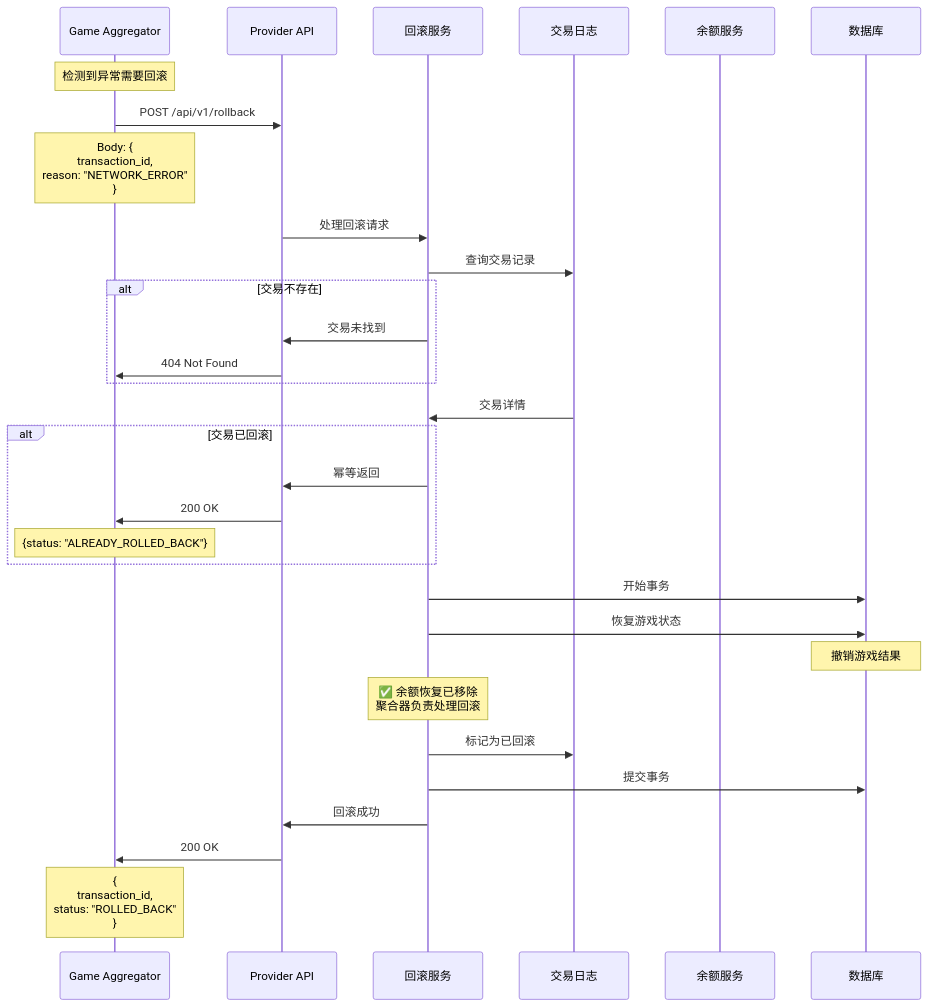
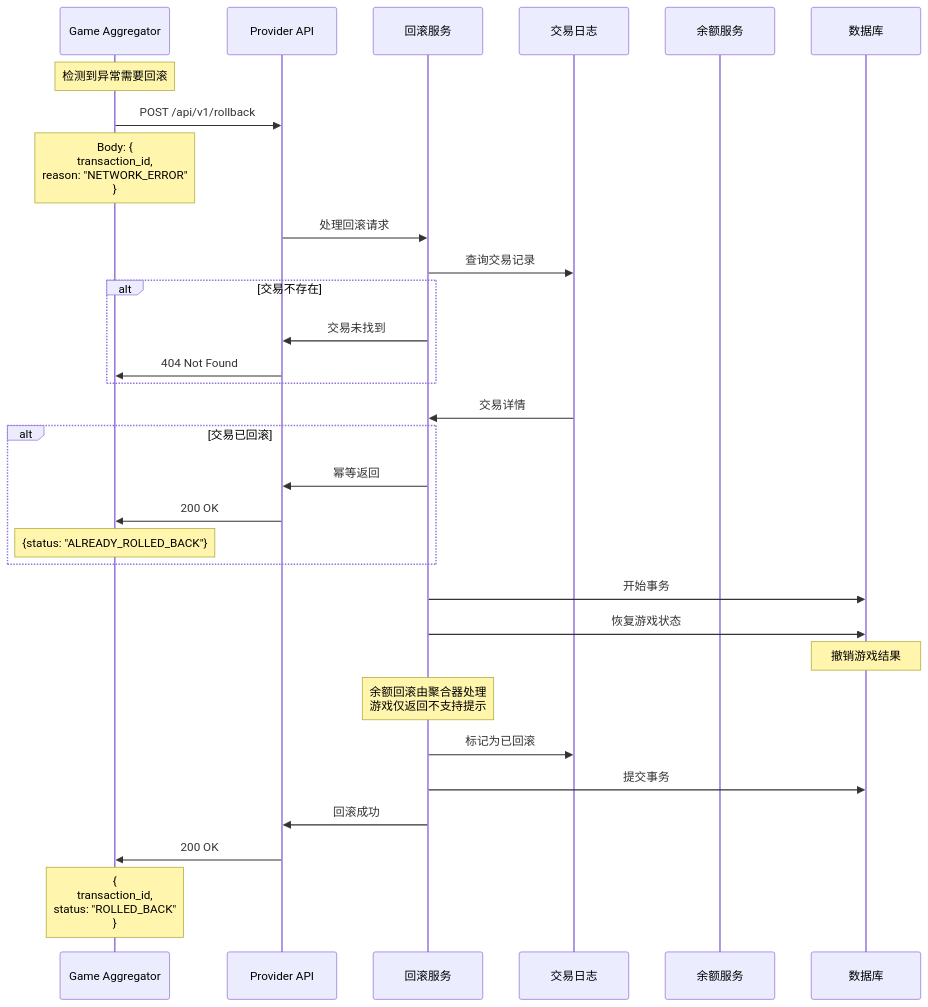
Diagram 30 of 32 in sequence-diagrams-zh.md (infigaming-com/invoker-gh-pages), drawn with Mermaid before and after one commit. The commit also changed other lines of this file and 3 other files, not shown here.

````diff
--- a/sequence-diagrams-zh.md
+++ b/sequence-diagrams-zh.md
@@ -1236,44 +1405,44 @@
 ```mermaid
 sequenceDiagram
     participant GA as Game Aggregator
     participant ProviderAPI as Provider API
     participant RollbackService as 回滚服务
     participant TransactionLog as 交易日志
     participant BalanceService as 余额服务
     participant Database as 数据库
 
     Note over GA: 检测到异常需要回滚
 
     GA->>ProviderAPI: POST /api/v1/rollback
     Note over GA: Body: {<br/>transaction_id,<br/>reason: "NETWORK_ERROR"<br/>}
 
     ProviderAPI->>RollbackService: 处理回滚请求
     RollbackService->>TransactionLog: 查询交易记录
     
     alt 交易不存在
         RollbackService->>ProviderAPI: 交易未找到
         ProviderAPI->>GA: 404 Not Found
     end
 
     TransactionLog->>RollbackService: 交易详情
     
     alt 交易已回滚
         RollbackService->>ProviderAPI: 幂等返回
         ProviderAPI->>GA: 200 OK
         Note over GA: {status: "ALREADY_ROLLED_BACK"}
     end
 
     RollbackService->>Database: 开始事务
     
     RollbackService->>Database: 恢复游戏状态
     Note over Database: 撤销游戏结果
 
-    Note over RollbackService: ✅ 余额恢复已移除<br/>聚合器负责处理回滚
+    Note over RollbackService: 余额回滚由聚合器处理<br/>游戏仅返回不支持提示
 
     RollbackService->>TransactionLog: 标记为已回滚
     RollbackService->>Database: 提交事务
 
     RollbackService->>ProviderAPI: 回滚成功
     ProviderAPI->>GA: 200 OK
     Note over GA: {<br/>transaction_id,<br/>status: "ROLLED_BACK"<br/>}
 ```
````
